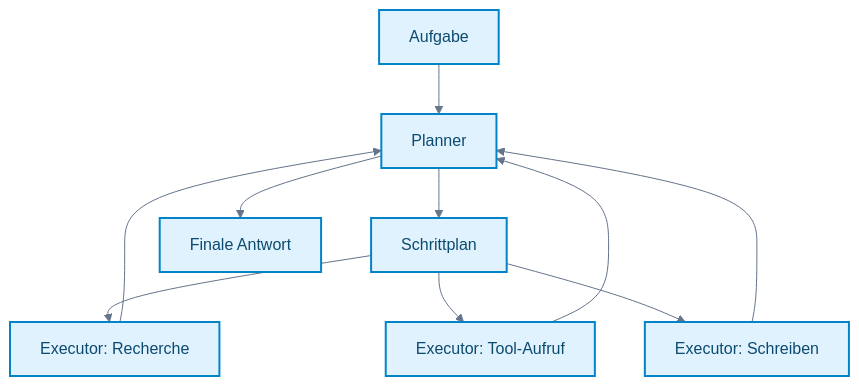
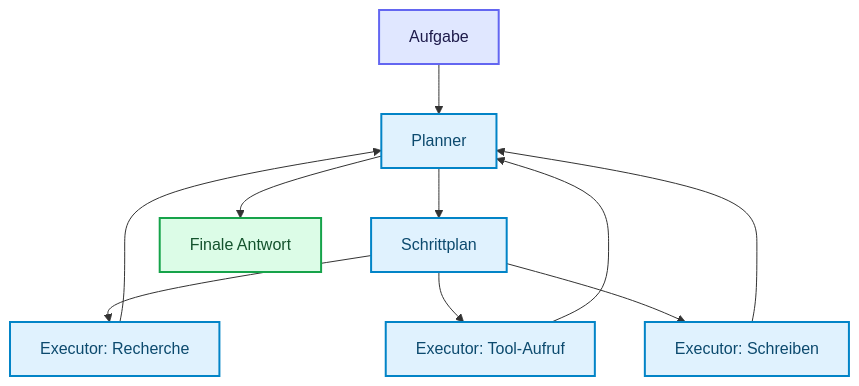
One commit to ralf-42/GenAI changed the seventh of 12 diagrams in docs/08-agenten/agent-architekturen.md. Above: the diagram before and after it, drawn with Mermaid. The commit also changed other lines of this file and 50 other files, not shown here.

````diff
--- a/docs/08-agenten/agent-architekturen.md
+++ b/docs/08-agenten/agent-architekturen.md
@@ -350,32 +274,21 @@
 ```mermaid
----
-config:
-  theme: base
-  look: classic
-  themeVariables:
-    primaryColor: '#e0f2fe'
-    primaryBorderColor: '#0284c7'
-    primaryTextColor: '#1e293b'
-    lineColor: '#64748b'
-    clusterBkg: '#f8fafc'
-    clusterBorder: '#cbd5e1'
-    noteBkgColor: '#fef3c7'
-    noteBorderColor: '#d97706'
-    noteTextColor: '#78350f'
-    edgeLabelBackground: '#ffffff'
----
-
 flowchart TD
     A[Aufgabe] --> P[Planner]
     P --> L[Schrittplan]
     L --> E1[Executor: Recherche]
     L --> E2[Executor: Tool-Aufruf]
     L --> E3[Executor: Schreiben]
     E1 --> P
     E2 --> P
     E3 --> P
     P --> F[Finale Antwort]
 
 %% Funktionsfarben nach Mermaid_Best_Practices.md
-classDef default fill:#e0f2fe,stroke:#0284c7,stroke-width:2px,color:#0c4a6e;
+
+    classDef default fill:#e0f2fe,stroke:#0284c7,stroke-width:2px,color:#0c4a6e;
+    classDef input fill:#e0e7ff,stroke:#6366f1,stroke-width:2px,color:#1e1b4b;
+    classDef output fill:#dcfce7,stroke:#16a34a,stroke-width:2px,color:#14532d;
+
+    class A input;
+    class F output;
 ```
````
